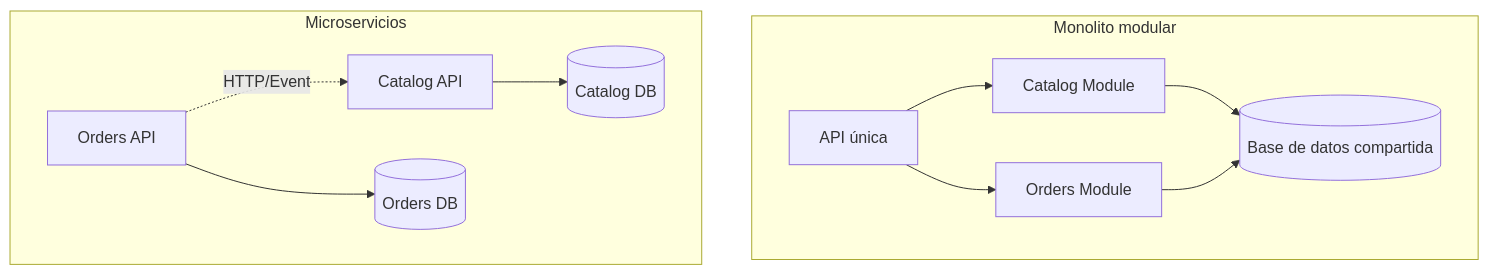
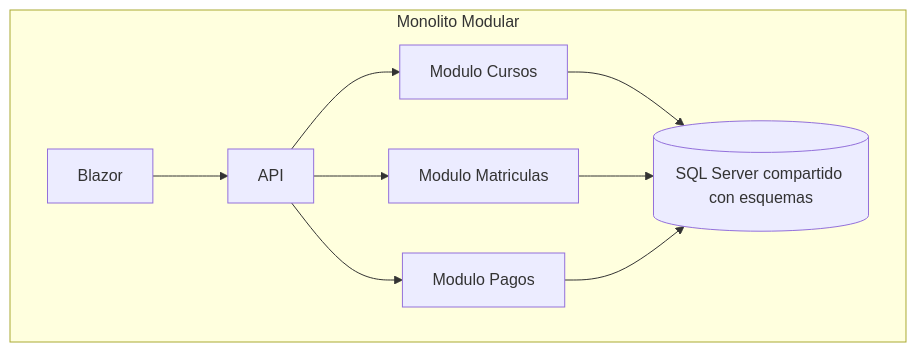
One commit to johans08/Curso-Arquitectura-de-Software-y-CloudOps changed the diagram in Modulo1/Semana3/README.md. Above: the diagram before and after it, drawn with Mermaid. The commit also changed other lines of this file and 151 other files, not shown here.

````diff
--- a/Modulo1/Semana3/README.md
+++ b/Modulo1/Semana3/README.md
@@ -38,19 +88,19 @@
 ```mermaid
 flowchart TB
-    subgraph Monolito_Modular[Monolito modular]
-      A[API única]
-      B[Catalog Module]
-      C[Orders Module]
-      D[(Base de datos compartida)]
-      A --> B
-      A --> C
-      B --> D
-      C --> D
+    subgraph ModularMonolith[Monolito Modular]
+        UI[Blazor]
+        API[API]
+        Catalog[Modulo Cursos]
+        Enrollment[Modulo Matriculas]
+        Billing[Modulo Pagos]
+        DB[(SQL Server compartido con esquemas)]
     end
 
-    subgraph Microservicios[Microservicios]
-      E[Catalog API] --> F[(Catalog DB)]
-      G[Orders API] --> H[(Orders DB)]
-      G -. HTTP/Event .-> E
-    end
+    UI --> API
+    API --> Catalog
+    API --> Enrollment
+    API --> Billing
+    Catalog --> DB
+    Enrollment --> DB
+    Billing --> DB
 ```
````
